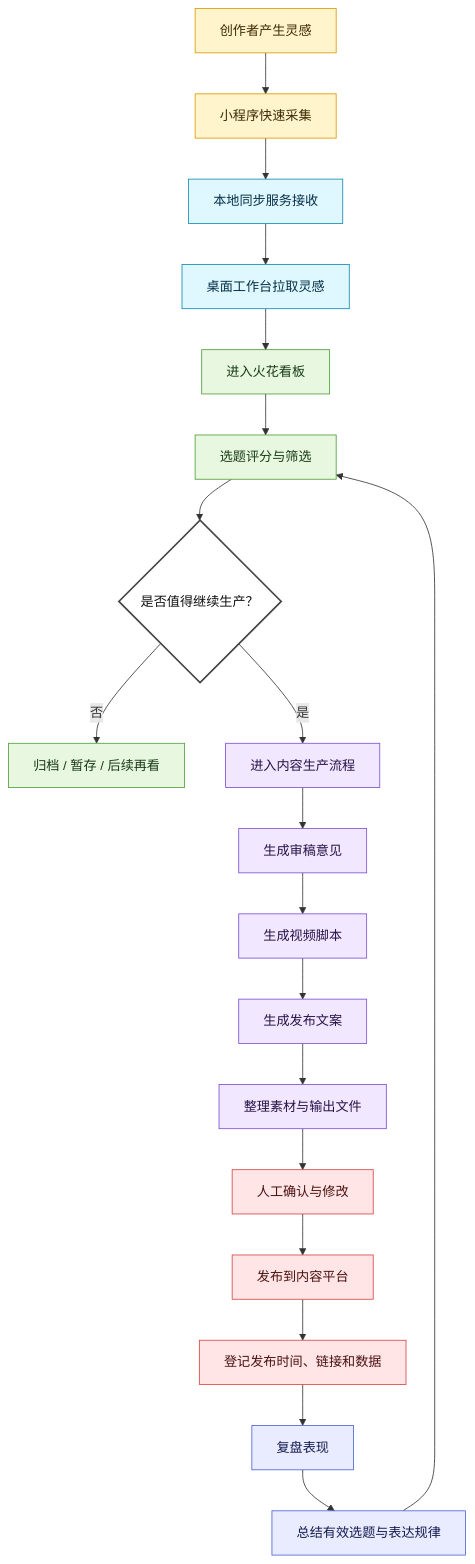
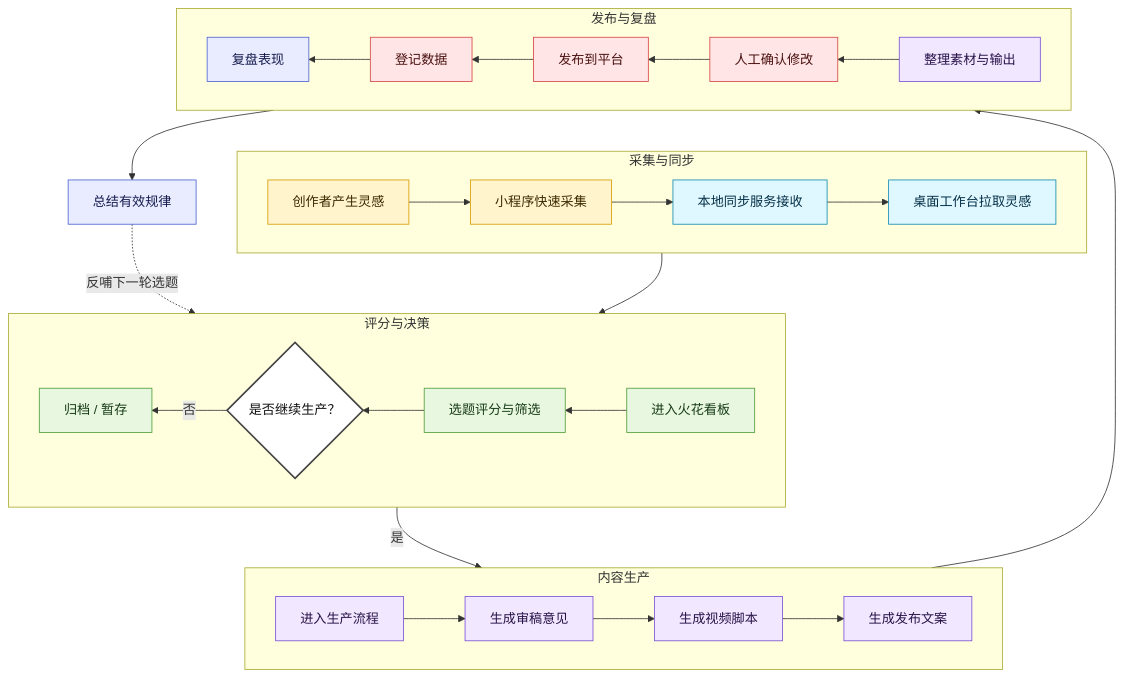
One commit to SamuelKwj/PenMoji-content-copilot changed the diagram in README.md. Above: the diagram before and after it, drawn with Mermaid.

Commit message:
docs: compact business flow diagram

````diff
--- a/README.md
+++ b/README.md
@@ -70,42 +70,45 @@
 ```mermaid
-flowchart TD
-    A["创作者产生灵感"] --> B["小程序快速采集"]
-    B --> C["本地同步服务接收"]
-    C --> D["桌面工作台拉取灵感"]
-    D --> E["进入火花看板"]
+flowchart TB
+    subgraph R1["采集与同步"]
+        direction LR
+        A["创作者产生灵感"] --> B["小程序快速采集"] --> C["本地同步服务接收"] --> D["桌面工作台拉取灵感"]
+    end
 
-    E --> F["选题评分与筛选"]
-    F --> G{"是否值得继续生产？"}
+    subgraph R2["评分与决策"]
+        direction RL
+        E["进入火花看板"] --> F["选题评分与筛选"] --> G{"是否继续生产？"}
+        G -- "否" --> H["归档 / 暂存"]
+    end
 
-    G -- "否" --> H["归档 / 暂存 / 后续再看"]
-    G -- "是" --> I["进入内容生产流程"]
+    subgraph R3["内容生产"]
+        direction LR
+        I["进入生产流程"] --> J["生成审稿意见"] --> K["生成视频脚本"] --> L["生成发布文案"]
+    end
 
-    I --> J["生成审稿意见"]
-    J --> K["生成视频脚本"]
-    K --> L["生成发布文案"]
-    L --> M["整理素材与输出文件"]
+    subgraph R4["发布与复盘"]
+        direction RL
+        M["整理素材与输出"] --> N["人工确认修改"] --> O["发布到平台"] --> P["登记数据"] --> Q["复盘表现"]
+    end
 
-    M --> N["人工确认与修改"]
-    N --> O["发布到内容平台"]
-    O --> P["登记发布时间、链接和数据"]
-
-    P --> Q["复盘表现"]
-    Q --> R["总结有效选题与表达规律"]
-    R --> F
+    D --> E
+    G -- "是" --> I
+    L --> M
+    Q --> R["总结有效规律"]
+    R -. "反哺下一轮选题" .-> F
 
     classDef idea fill:#fff4cc,stroke:#d99a00,color:#3d2b00,stroke-width:1px;
     classDef sync fill:#dff7ff,stroke:#118ab2,color:#053047,stroke-width:1px;
     classDef score fill:#e8f7df,stroke:#4f9d3a,color:#173b17,stroke-width:1px;
     classDef produce fill:#f1e7ff,stroke:#7b4fd6,color:#271348,stroke-width:1px;
     classDef publish fill:#ffe5e5,stroke:#d64545,color:#4a1111,stroke-width:1px;
     classDef review fill:#e9ecff,stroke:#4c63d2,color:#151b4d,stroke-width:1px;
     classDef decision fill:#ffffff,stroke:#444444,color:#111111,stroke-width:2px;
 
     class A,B idea;
     class C,D sync;
     class E,F,H score;
     class G decision;
     class I,J,K,L,M produce;
     class N,O,P publish;
     class Q,R review;
 ```
````
